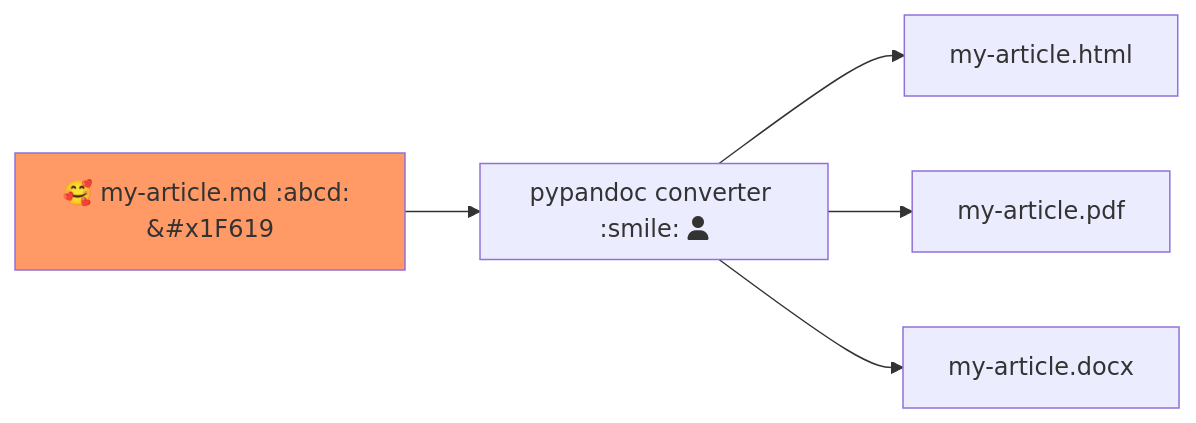
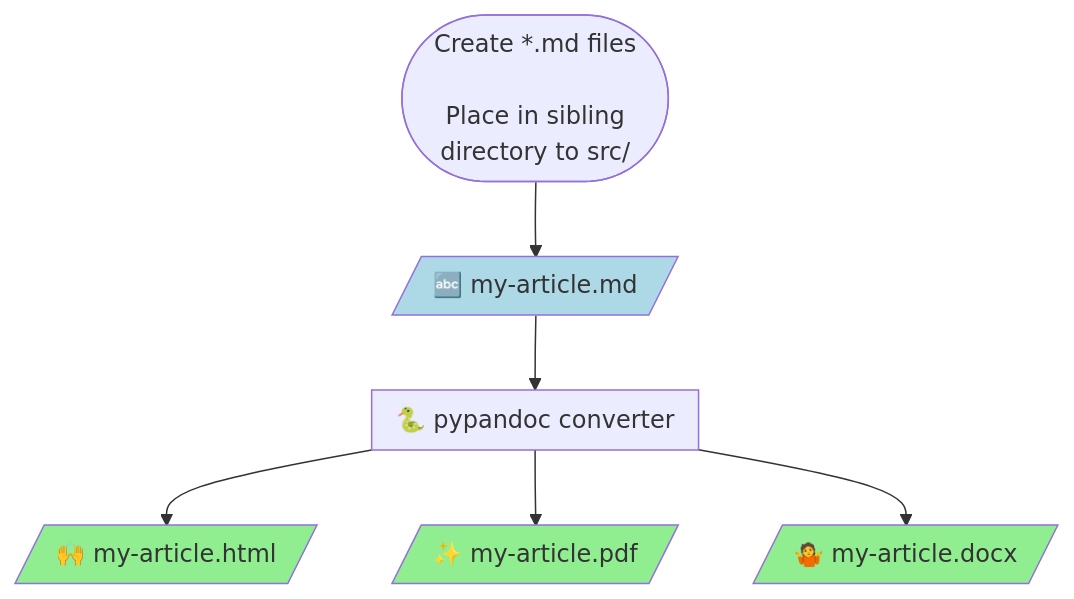
One commit to rishigoutam/pandoc-converter changed the second of 2 diagrams in README.md. Above: the diagram before and after it, drawn with Mermaid. The commit also changed other lines of this file, not shown here.

````diff
--- a/README.md
+++ b/README.md
@@ -6,14 +24,19 @@
 ```mermaid
-flowchart LR
-    markdown["🥰 my-article.md :abcd: &amp#x1F619"]:::input
-    classDef input fill:#f96;
+flowchart TB
+    classDef input fill:lightblue;
+    classDef output fill:lightgreen;
     
-    subgraph pypandoc [pypandoc converter :smile: fa:fa-user]
-        
+    start(["Create *.md files\n \nPlace in sibling\n directory to src/"])
+    
+    markdown[/"🔤 my-article.md"/]:::input
+    
+    subgraph pypandoc ["🐍 pypandoc converter"]
+            
     end
-    html[my-article.html]
-    pdf[my-article.pdf]
-    word[my-article.docx]
     
-    markdown-->pypandoc-->html & pdf & word
+    html[/"🙌 my-article.html"/]:::output
+    pdf[/"✨ my-article.pdf"/]:::output
+    word[/"🤷 my-article.docx"/]:::output
+    
+    start-->markdown-->pypandoc-->html & pdf & word
 ```
````
